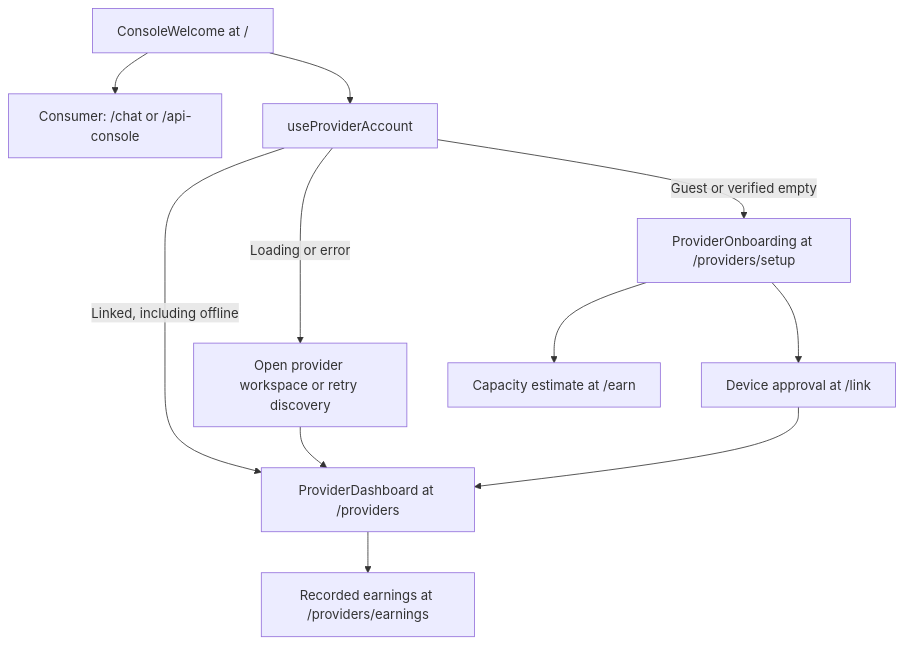
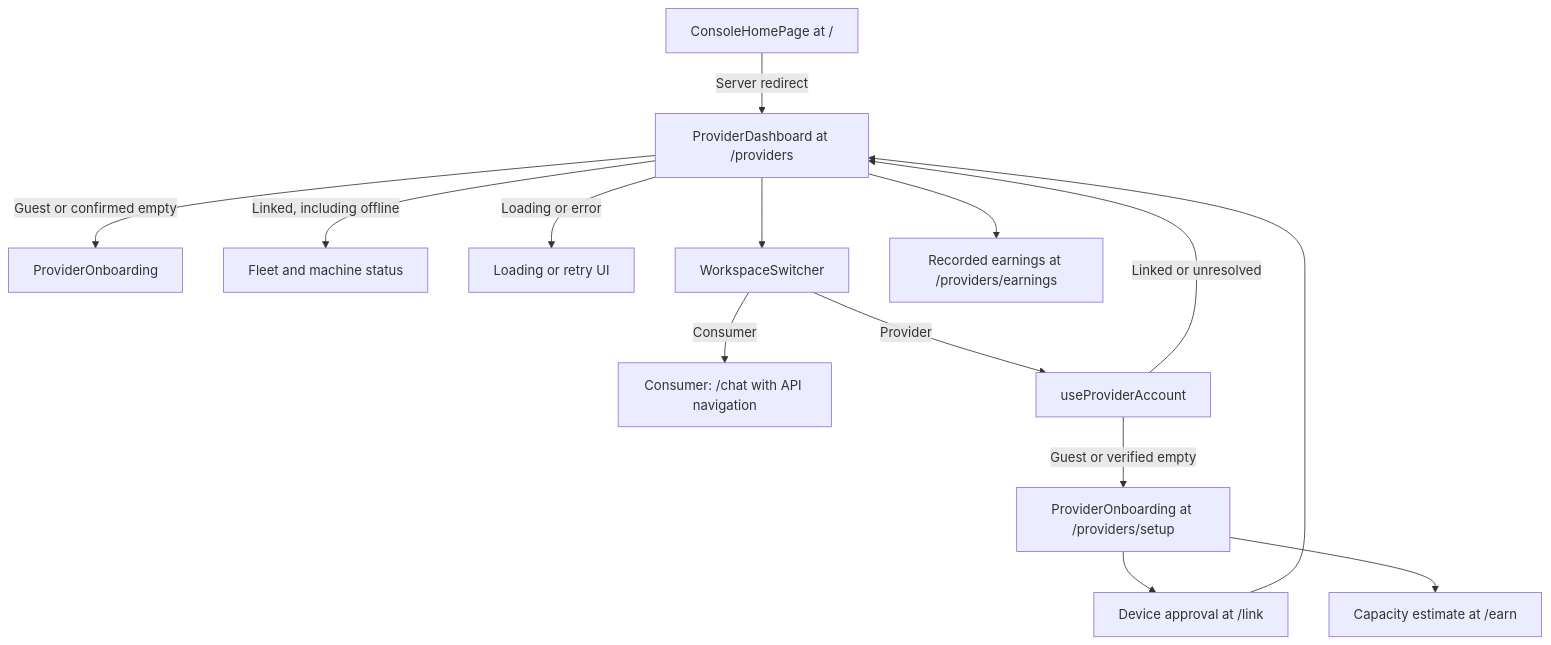
The first of 2 diagrams in docs/architecture/components/console-ui.md (Layr-Labs/d-inference), drawn with Mermaid before and after one commit. The commit also changed other lines of this file and 9 other files, not shown here.

First line of the commit message:
fix(console): open provider workspace by default (#843)

````diff
--- a/docs/architecture/components/console-ui.md
+++ b/docs/architecture/components/console-ui.md
@@ -68,13 +71,16 @@
 ```mermaid
 flowchart TD
-  Home[ConsoleWelcome at /] --> Consumer[Consumer: /chat or /api-console]
-  Home --> Discovery[useProviderAccount]
+  Home[ConsoleHomePage at /] -->|Server redirect| Fleet[ProviderDashboard at /providers]
+  Fleet -->|Guest or confirmed empty| Guide[ProviderOnboarding]
+  Fleet -->|Linked, including offline| Machines[Fleet and machine status]
+  Fleet -->|Loading or error| Pending[Loading or retry UI]
+  Fleet --> Switcher[WorkspaceSwitcher]
+  Switcher -->|Consumer| Consumer[Consumer: /chat with API navigation]
+  Switcher -->|Provider| Discovery[useProviderAccount]
   Discovery -->|Guest or verified empty| Setup[ProviderOnboarding at /providers/setup]
-  Discovery -->|Linked, including offline| Fleet[ProviderDashboard at /providers]
-  Discovery -->|Loading or error| Unknown[Open provider workspace or retry discovery]
-  Unknown --> Fleet
+  Discovery -->|Linked or unresolved| Fleet
   Setup --> Link[Device approval at /link]
   Link --> Fleet
   Fleet --> Earnings[Recorded earnings at /providers/earnings]
   Setup --> Estimate[Capacity estimate at /earn]
 ```
````
